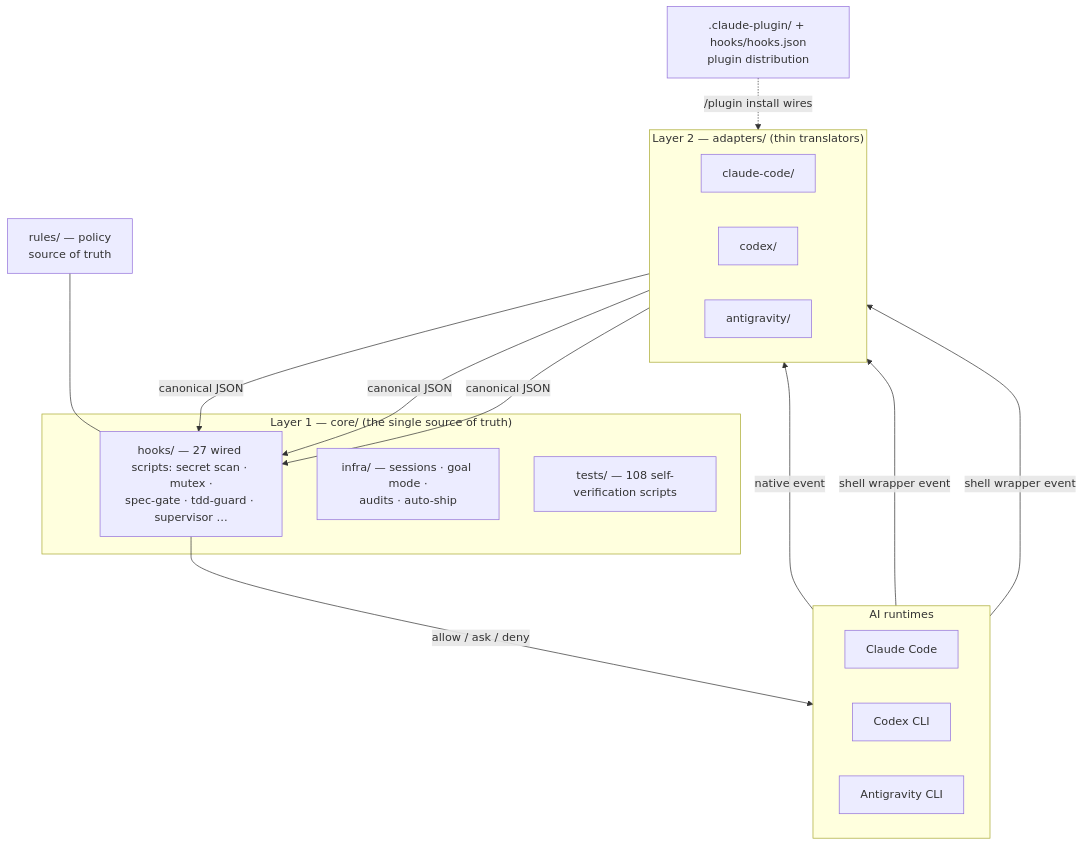
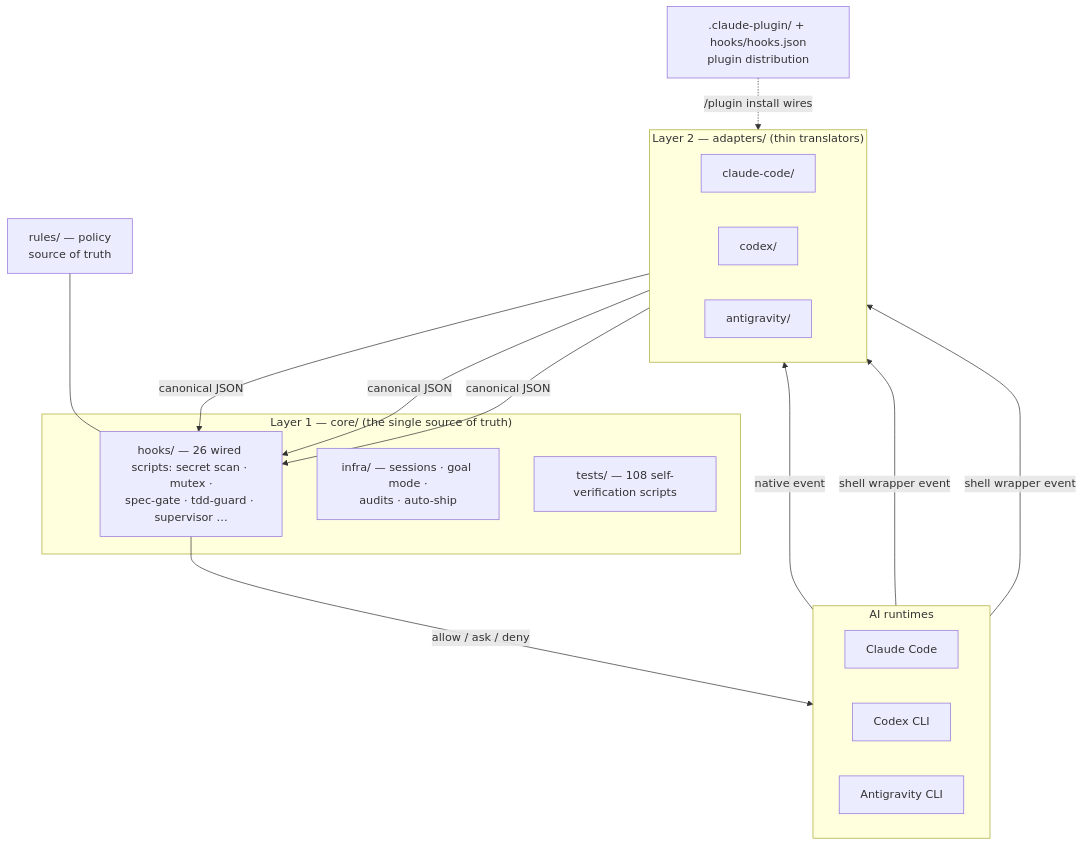
The second of 5 diagrams in README.md (joymin5655/Agent), drawn with Mermaid before and after one commit. The commit also changed other lines of this file and 29 other files, not shown here.

````diff
--- a/README.md
+++ b/README.md
@@ -313,32 +313,32 @@
 ```mermaid
 flowchart TB
     subgraph RT["AI runtimes"]
         direction LR
         CC["Claude Code"]
         CX["Codex CLI"]
         GM["Antigravity CLI"]
     end
     subgraph AD["Layer 2 — adapters/ (thin translators)"]
         direction LR
         A1["claude-code/"]
         A2["codex/"]
         A3["antigravity/"]
     end
     subgraph CORE["Layer 1 — core/ (the single source of truth)"]
-        H["hooks/ — 27 wired scripts: secret scan · mutex ·<br/>spec-gate · tdd-guard · supervisor …"]
+        H["hooks/ — 26 wired scripts: secret scan · mutex ·<br/>spec-gate · tdd-guard · supervisor …"]
         I["infra/ — sessions · goal mode ·<br/>audits · auto-ship"]
         T["tests/ — 108 self-verification scripts"]
     end
     R["rules/ — policy<br/>source of truth"]
     PLUG[".claude-plugin/ + hooks/hooks.json<br/>plugin distribution"]
 
     CC -->|native event| A1
     CX -->|shell wrapper event| A2
     GM -->|shell wrapper event| A3
     A1 -->|canonical JSON| H
     A2 -->|canonical JSON| H
     A3 -->|canonical JSON| H
     H -->|"allow / ask / deny"| RT
     R --- H
     PLUG -. "/plugin install wires" .-> A1
 ```
````
